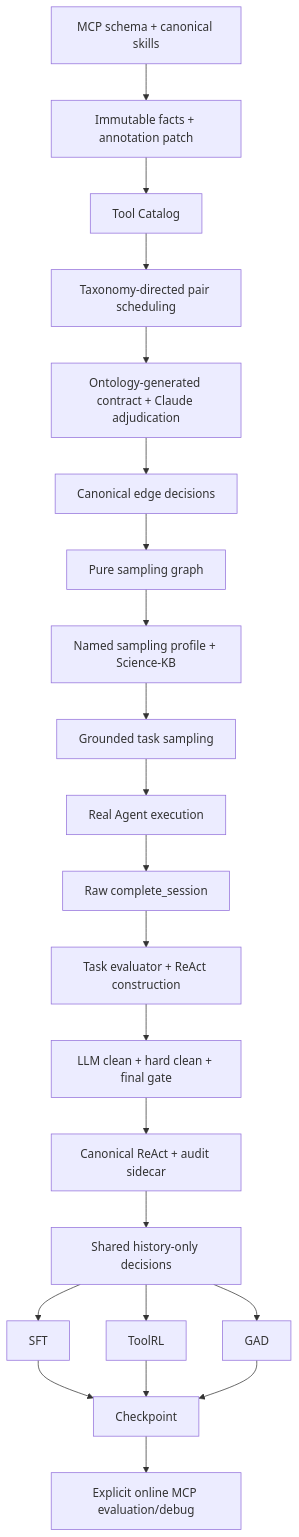
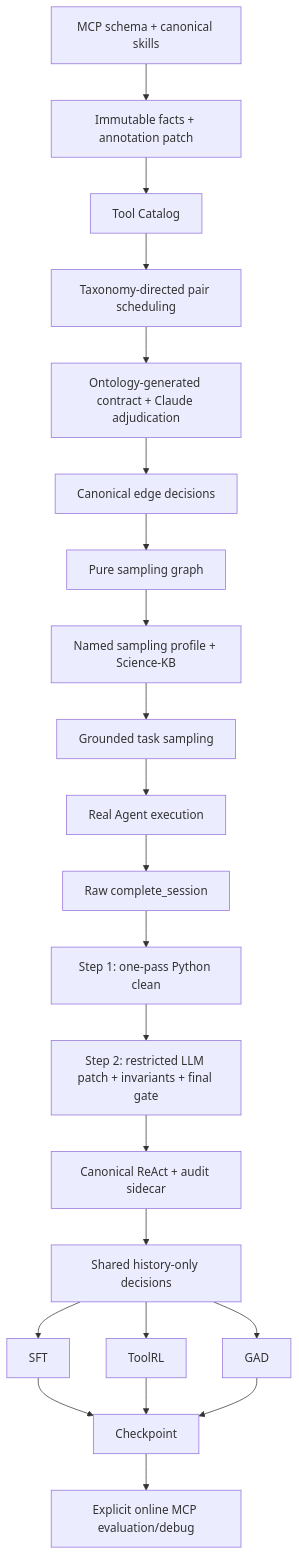
The diagram in docs/MAINLINE.md (mu9enn/drug-pipe), drawn with Mermaid before and after one commit. The commit also changed other lines of this file and 37 other files, not shown here.

````diff
--- a/docs/MAINLINE.md
+++ b/docs/MAINLINE.md
@@ -30,24 +31,24 @@
 ```mermaid
 flowchart TD
     A[MCP schema + canonical skills] --> B[Immutable facts + annotation patch]
     B --> C[Tool Catalog]
     C --> D[Taxonomy-directed pair scheduling]
     D --> E[Ontology-generated contract + Claude adjudication]
     E --> F[Canonical edge decisions]
     F --> G[Pure sampling graph]
     G --> S[Named sampling profile + Science-KB]
     S --> H[Grounded task sampling]
     H --> I[Real Agent execution]
     I --> J[Raw complete_session]
-    J --> K[Task evaluator + ReAct construction]
-    K --> T[LLM clean + hard clean + final gate]
+    J --> K[Step 1: one-pass Python clean]
+    K --> T[Step 2: restricted LLM patch + invariants + final gate]
     T --> R[Canonical ReAct + audit sidecar]
     R --> L[Shared history-only decisions]
     L --> M[SFT]
     L --> N[ToolRL]
     L --> O[GAD]
     M --> P[Checkpoint]
     N --> P
     O --> P
     P --> Q[Explicit online MCP evaluation/debug]
 ```
````
